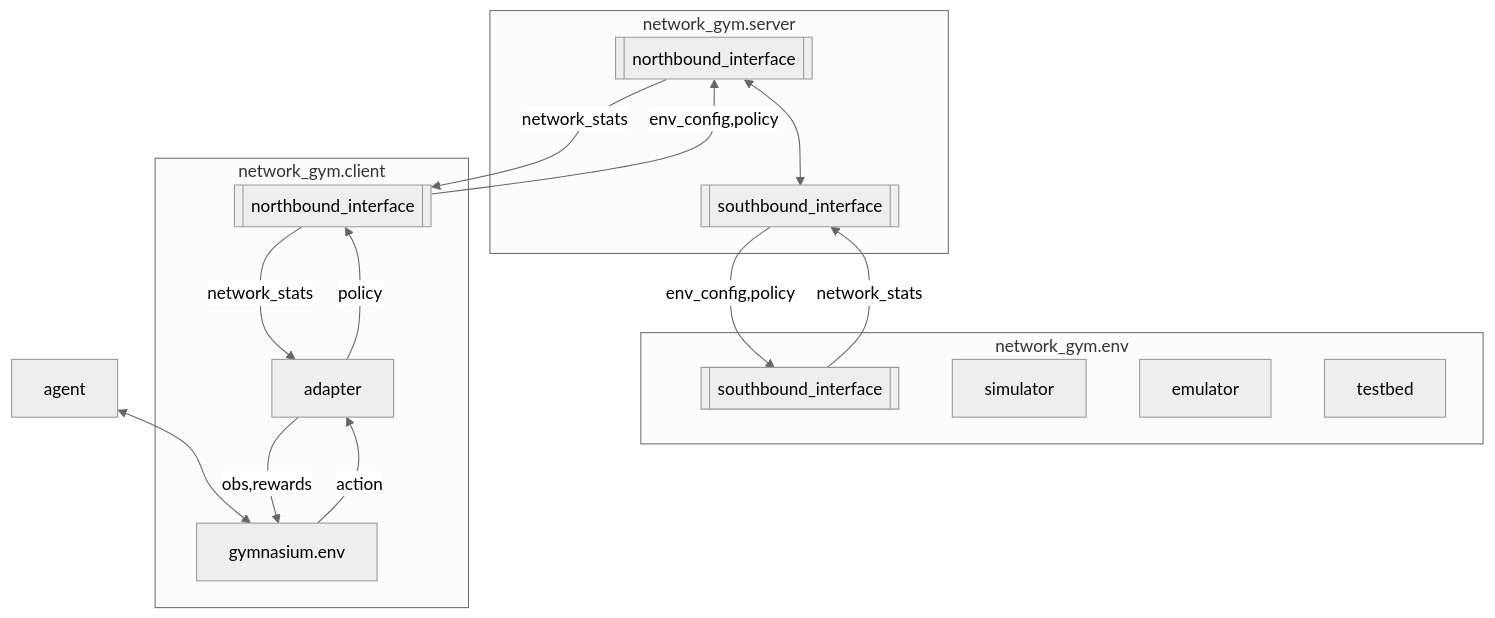
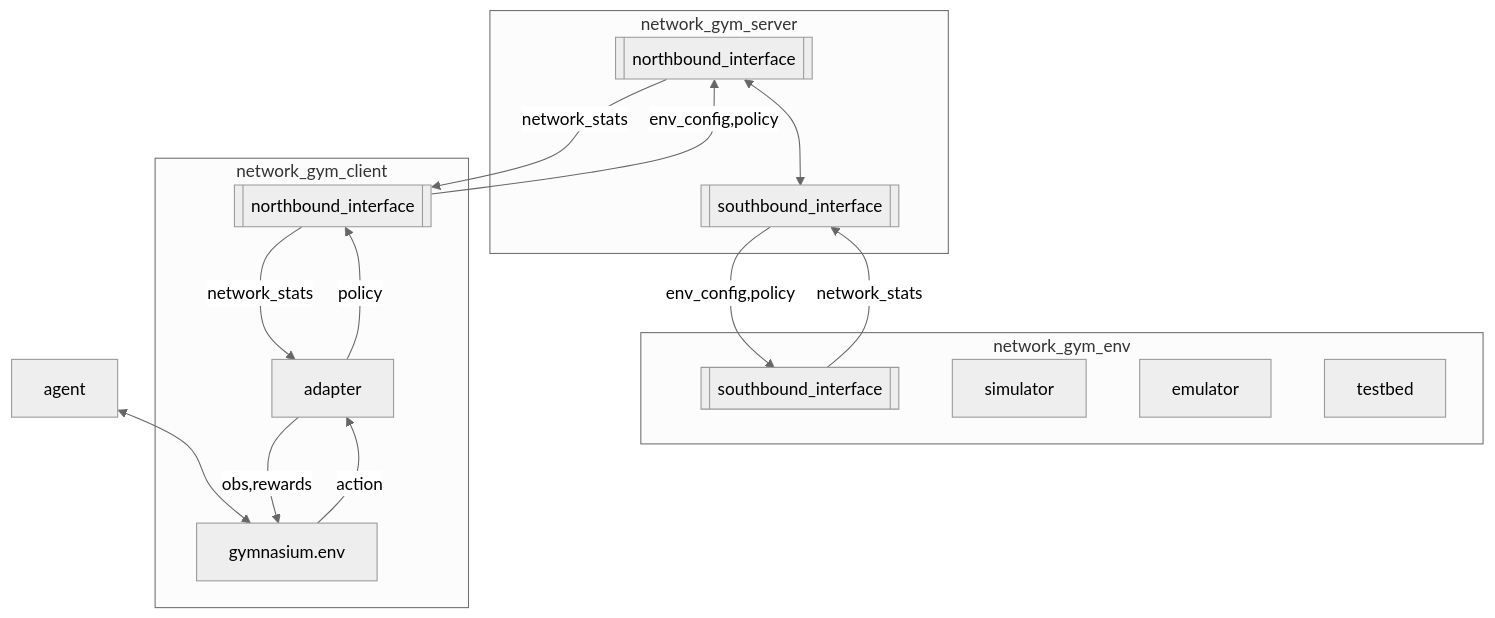
The diagram in README.md (pinyaras/GMAClient), drawn with Mermaid (neutral theme) before and after one commit. The commit also changed other lines of this file and 18 other files, not shown here.

Commit message:
update names to network gym client

````diff
--- a/README.md
+++ b/README.md
@@ -6,41 +6,41 @@
 ```mermaid
 flowchart TB
 
-subgraph network_gym.server
+subgraph network_gym_server
 northbound <--> southbound[[southbound_interface]]
 end
 
-subgraph network_gym.env
+subgraph network_gym_env
 southbound_interface
 simulator
 emulator
 testbed 
 end
 
 agent <--> gymnasium.env
 
 gymnasium.env -- action --> adapter
 adapter -- obs,rewards --> gymnasium.env
 
-subgraph network_gym.client
+subgraph network_gym_client
 gymnasium.env
 adapter
 northbound_interface[[northbound_interface]]
 end
 
 
 
 adapter --policy--> northbound_interface
 northbound_interface --network_stats--> adapter
 
 
 northbound_interface --env_config,policy--> northbound[[northbound_interface]]
 northbound --network_stats--> northbound_interface
 
 
 
 
 southbound --env_config,policy--> southbound_interface[[southbound_interface]]
 southbound_interface --network_stats--> southbound
 
 ```
````
